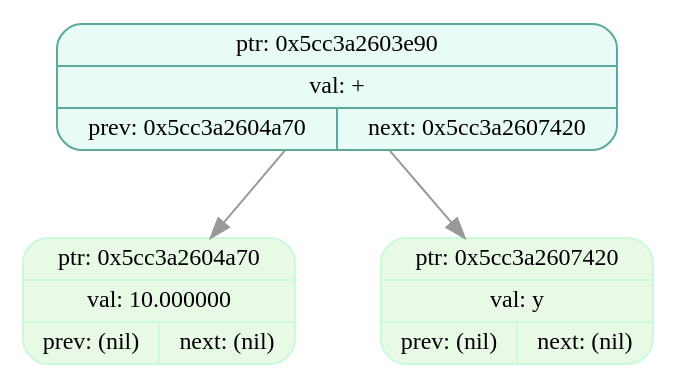
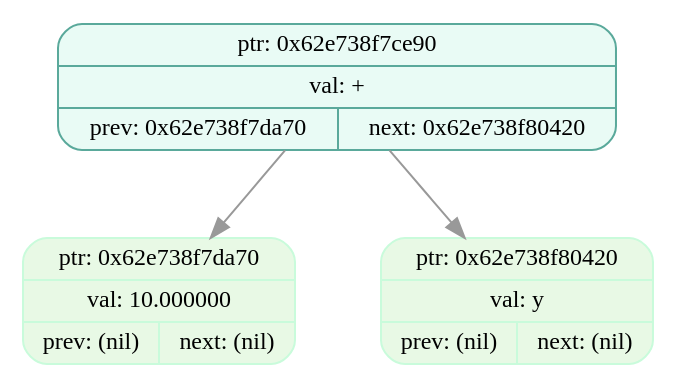
One commit to EvilTomato9890/Difference changed the diagram in dumps/tree_dump_005.dot. Above: the diagram before and after it, drawn with Graphviz. The commit also changed 37 other files, not shown here.

```diff
--- a/dumps/tree_dump_005.dot
+++ b/dumps/tree_dump_005.dot
@@ -1,9 +1,9 @@
 digraph T{
   node [fontname="Fira Mono",shape=record,style="filled,rounded",fontsize=12];
   graph [splines=true, nodesep=0.6, ranksep=0.6];
-  node_0x5cc3a2603e90[shape=record,label="{ {ptr: 0x5cc3a2603e90} | {val: +} | { prev: 0x5cc3a2604a70 | next: 0x5cc3a2607420 } }",color="#5aa99b",fillcolor="#e9fbf5"];
-  node_0x5cc3a2604a70[shape=record,label="{ {ptr: 0x5cc3a2604a70} | {val: 10.000000} | { prev: (nil) | next: (nil) } }",color="#c9fbdbff",fillcolor="#e8f9e5ff"];
-  node_0x5cc3a2607420[shape=record,label="{ {ptr: 0x5cc3a2607420} | {val: y} | { prev: (nil) | next: (nil) } }",color="#c9fbdbff",fillcolor="#e8f9e5ff"];
-  node_0x5cc3a2603e90 -> node_0x5cc3a2604a70 [color="#999999"];
-  node_0x5cc3a2603e90 -> node_0x5cc3a2607420 [color="#999999"];
+  node_0x62e738f7ce90[shape=record,label="{ {ptr: 0x62e738f7ce90} | {val: +} | { prev: 0x62e738f7da70 | next: 0x62e738f80420 } }",color="#5aa99b",fillcolor="#e9fbf5"];
+  node_0x62e738f7da70[shape=record,label="{ {ptr: 0x62e738f7da70} | {val: 10.000000} | { prev: (nil) | next: (nil) } }",color="#c9fbdbff",fillcolor="#e8f9e5ff"];
+  node_0x62e738f80420[shape=record,label="{ {ptr: 0x62e738f80420} | {val: y} | { prev: (nil) | next: (nil) } }",color="#c9fbdbff",fillcolor="#e8f9e5ff"];
+  node_0x62e738f7ce90 -> node_0x62e738f7da70 [color="#999999"];
+  node_0x62e738f7ce90 -> node_0x62e738f80420 [color="#999999"];
 }
```
